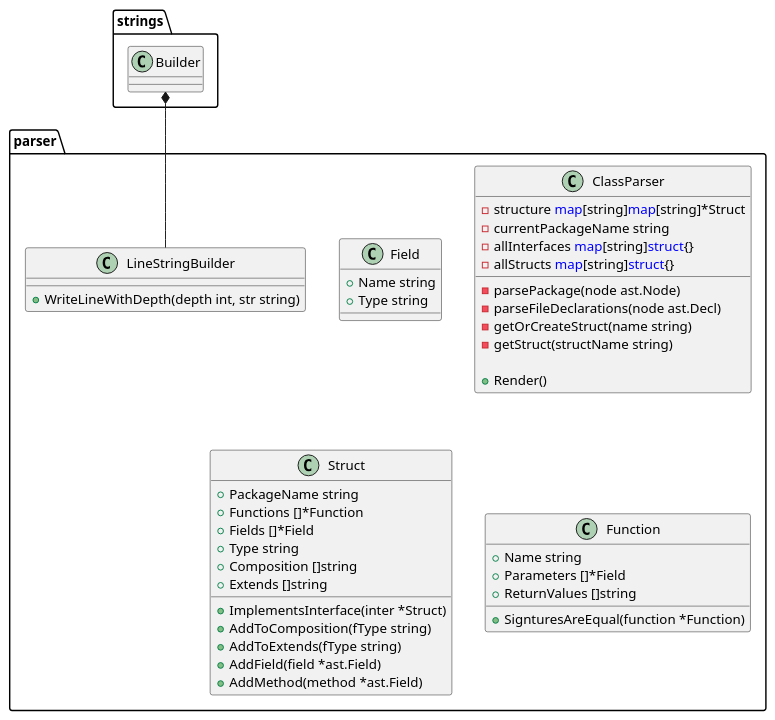
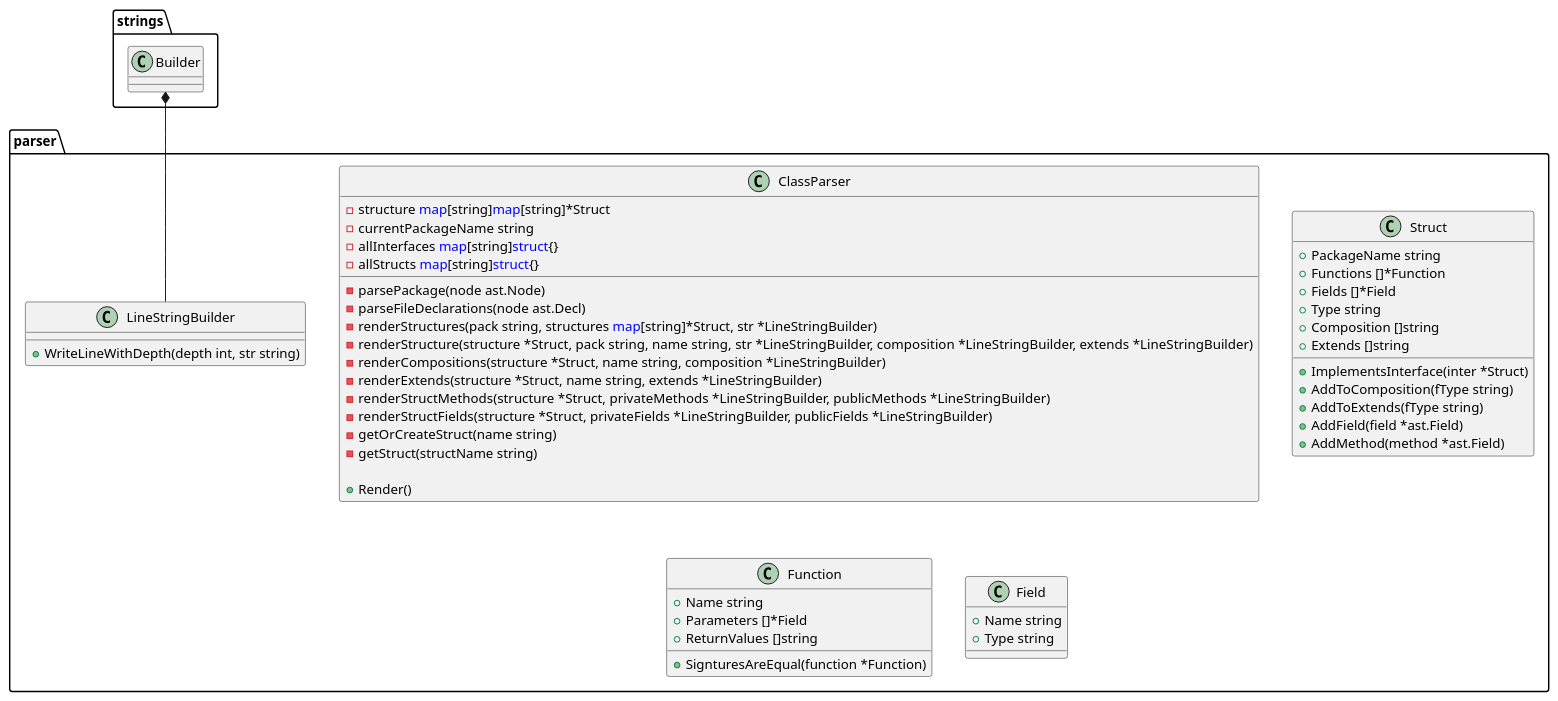
Before and after one commit to thgoexpt/PlantUML-Class-Diagram-Generator-for-golang-projects: the diagram in parser/ClassDiagram.puml, drawn with PlantUML. The commit also changed 1 other file, not shown here.

Commit message:
Refactored the code of Render() to make it more readable

```diff
--- a/parser/ClassDiagram.puml
+++ b/parser/ClassDiagram.puml
@@ -1,53 +1,59 @@
 @startuml
 namespace parser {
-    class Field {
-        + Name string
-        + Type string
-
-    }
-    class LineStringBuilder {
-        + WriteLineWithDepth(depth int, str string) 
-
-    }
     class ClassParser {
         - structure <font color=blue>map</font>[string]<font color=blue>map</font>[string]*Struct
         - currentPackageName string
         - allInterfaces <font color=blue>map</font>[string]<font color=blue>struct</font>{}
         - allStructs <font color=blue>map</font>[string]<font color=blue>struct</font>{}
 
         - parsePackage(node ast.Node) 
         - parseFileDeclarations(node ast.Decl) 
+        - renderStructures(pack string, structures <font color=blue>map</font>[string]*Struct, str *LineStringBuilder) 
+        - renderStructure(structure *Struct, pack string, name string, str *LineStringBuilder, composition *LineStringBuilder, extends *LineStringBuilder) 
+        - renderCompositions(structure *Struct, name string, composition *LineStringBuilder) 
+        - renderExtends(structure *Struct, name string, extends *LineStringBuilder) 
+        - renderStructMethods(structure *Struct, privateMethods *LineStringBuilder, publicMethods *LineStringBuilder) 
+        - renderStructFields(structure *Struct, privateFields *LineStringBuilder, publicFields *LineStringBuilder) 
         - getOrCreateStruct(name string) 
         - getStruct(structName string) 
 
         + Render() 
 
     }
     class Struct {
         + PackageName string
         + Functions []*Function
         + Fields []*Field
         + Type string
         + Composition []string
         + Extends []string
 
         + ImplementsInterface(inter *Struct) 
         + AddToComposition(fType string) 
         + AddToExtends(fType string) 
         + AddField(field *ast.Field) 
         + AddMethod(method *ast.Field) 
 
     }
     class Function {
         + Name string
         + Parameters []*Field
         + ReturnValues []string
 
         + SignturesAreEqual(function *Function) 
 
     }
+    class Field {
+        + Name string
+        + Type string
+
+    }
+    class LineStringBuilder {
+        + WriteLineWithDepth(depth int, str string) 
+
+    }
 }
 strings.Builder *-- parser.LineStringBuilder
 
 
 @enduml
```
